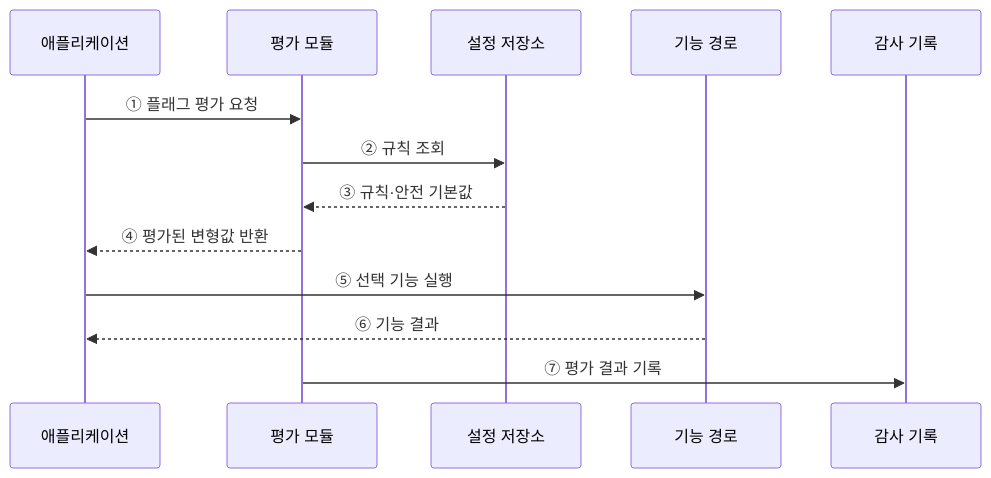
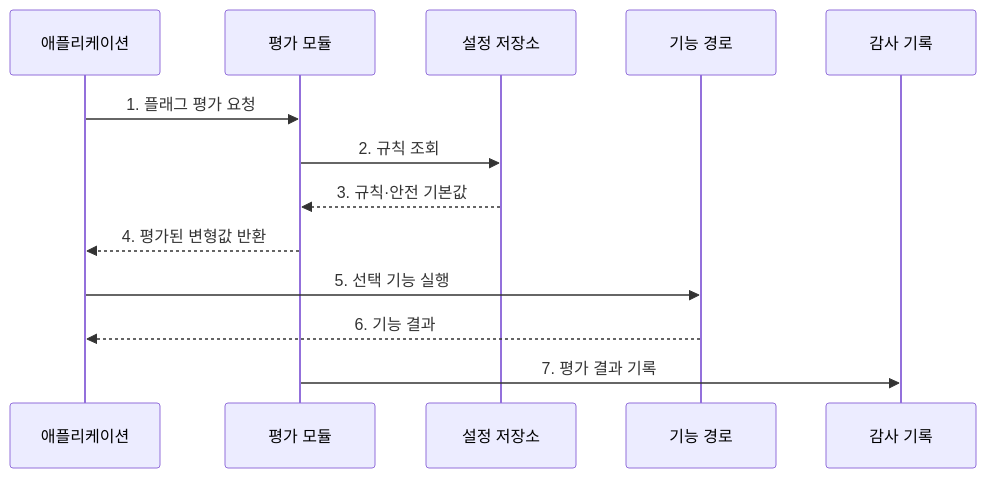
The second of 2 diagrams in src/content/docs/notes/03-software/064_feature_flag.md (agnusdei1207/knowledge-base), drawn with Mermaid before and after one commit. The commit also changed other lines of this file and 20 other files, not shown here.

````diff
--- a/src/content/docs/notes/03-software/064_feature_flag.md
+++ b/src/content/docs/notes/03-software/064_feature_flag.md
@@ -66,15 +76,15 @@
 ```mermaid
 sequenceDiagram
     participant A as 애플리케이션
     participant E as 평가 모듈
     participant S as 설정 저장소
     participant F as 기능 경로
     participant L as 감사 기록
-    A->>E: ① 플래그 평가 요청
-    E->>S: ② 규칙 조회
-    S-->>E: ③ 규칙·안전 기본값
-    E-->>A: ④ 평가된 변형값 반환
-    A->>F: ⑤ 선택 기능 실행
-    F-->>A: ⑥ 기능 결과
-    E->>L: ⑦ 평가 결과 기록
+    A->>E: 1. 플래그 평가 요청
+    E->>S: 2. 규칙 조회
+    S-->>E: 3. 규칙·안전 기본값
+    E-->>A: 4. 평가된 변형값 반환
+    A->>F: 5. 선택 기능 실행
+    F-->>A: 6. 기능 결과
+    E->>L: 7. 평가 결과 기록
 ```
````
